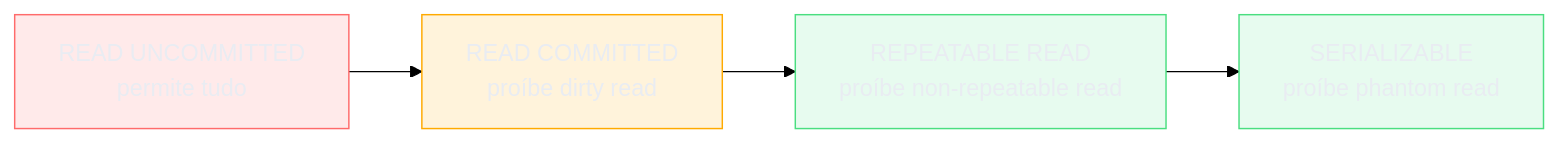
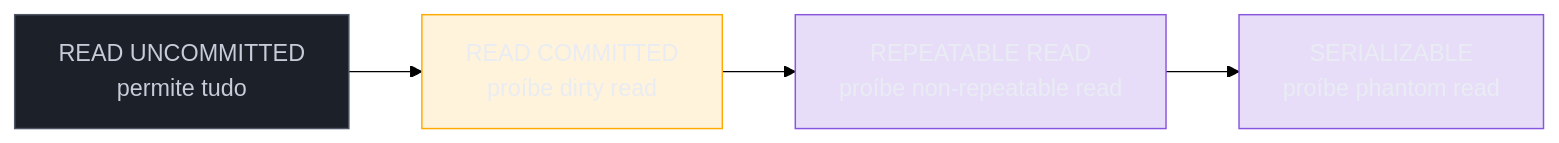
One commit to josenaldo/codex-technomanticus changed the first of 2 diagrams in 03-Dominios/Tecnologia/Python/Persistência de dados/06 - Transações e isolamento — ACID na prática, isolation levels, deadlocks de aplicação.md. Above: the diagram before and after it, drawn with Mermaid (forest theme). The commit also changed 601 other files, not shown here.

````diff
--- a/03-Dominios/Tecnologia/Python/Persistência de dados/06 - Transações e isolamento — ACID na prática, isolation levels, deadlocks de aplicação.md
+++ b/03-Dominios/Tecnologia/Python/Persistência de dados/06 - Transações e isolamento — ACID na prática, isolation levels, deadlocks de aplicação.md
@@ -136,14 +136,14 @@
 ```mermaid
 flowchart LR
-    classDef falha fill:#FF6B6B24,stroke:#FF6B6B,color:#E9ECF2
+    classDef marca fill:#8855DF33,stroke:#8855DF,color:#E9ECF2
+    classDef neutro fill:#1B2029,stroke:#4E5666,color:#C6CCD8
     classDef destaque fill:#FFAA0024,stroke:#FFAA00,color:#E9ECF2
-    classDef ok fill:#4ADE8021,stroke:#4ADE80,color:#E9ECF2
     RU["READ UNCOMMITTED<br/>permite tudo"] --> RC["READ COMMITTED<br/>proíbe dirty read"]
     RC --> RR["REPEATABLE READ<br/>proíbe non-repeatable read"]
     RR --> SER["SERIALIZABLE<br/>proíbe phantom read"]
 
-    class RU falha
+    class RU neutro
     class RC destaque
-    class RR ok
-    class SER ok
+    class RR marca
+    class SER marca
 ```
````
